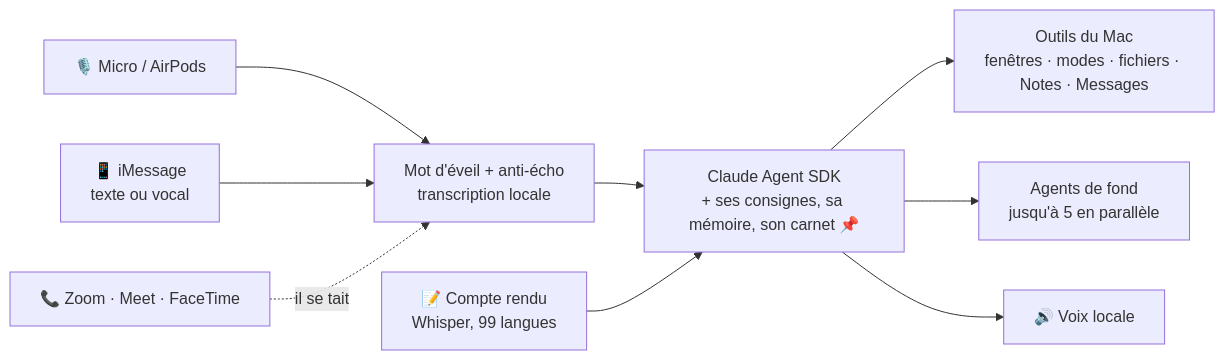
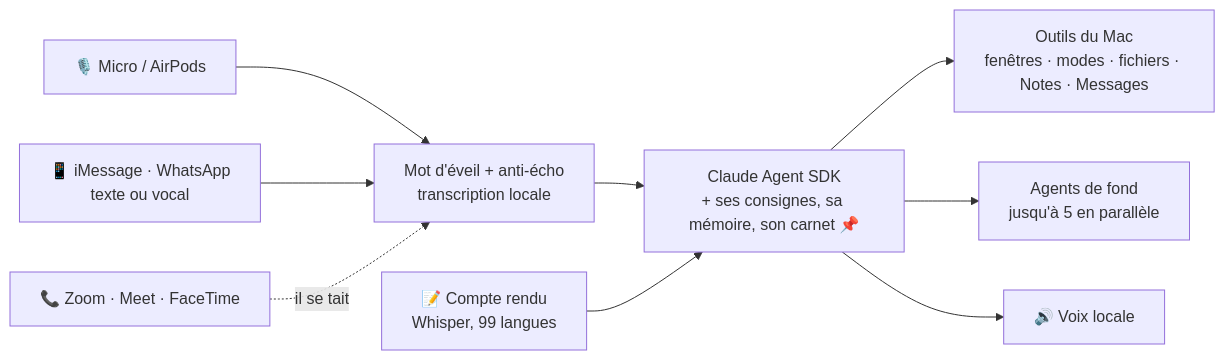
Before and after one commit to LdwS123/jarvis: the diagram in README.md, drawn with Mermaid. The commit also changed other lines of this file and 8 other files, not shown here.

````diff
--- a/README.md
+++ b/README.md
@@ -34,11 +34,11 @@
 ```mermaid
 flowchart LR
     Micro[🎙️ Micro / AirPods] --> Oreilles[Mot d'éveil + anti-écho<br/>transcription locale]
-    iPhone[📱 iMessage<br/>texte ou vocal] --> Oreilles
+    iPhone[📱 iMessage · WhatsApp<br/>texte ou vocal] --> Oreilles
     Appel[📞 Zoom · Meet · FaceTime] -. il se tait .-> Oreilles
     Oreilles --> Cerveau[Claude Agent SDK<br/>+ ses consignes, sa mémoire, son carnet 📌]
     Cerveau --> Outils[Outils du Mac<br/>fenêtres · modes · fichiers · Notes · Messages]
     Cerveau --> Fond[Agents de fond<br/>jusqu'à 5 en parallèle]
     Cerveau --> Voix[🔊 Voix locale]
     Reunion[📝 Compte rendu<br/>Whisper, 99 langues] --> Cerveau
 ```
````
